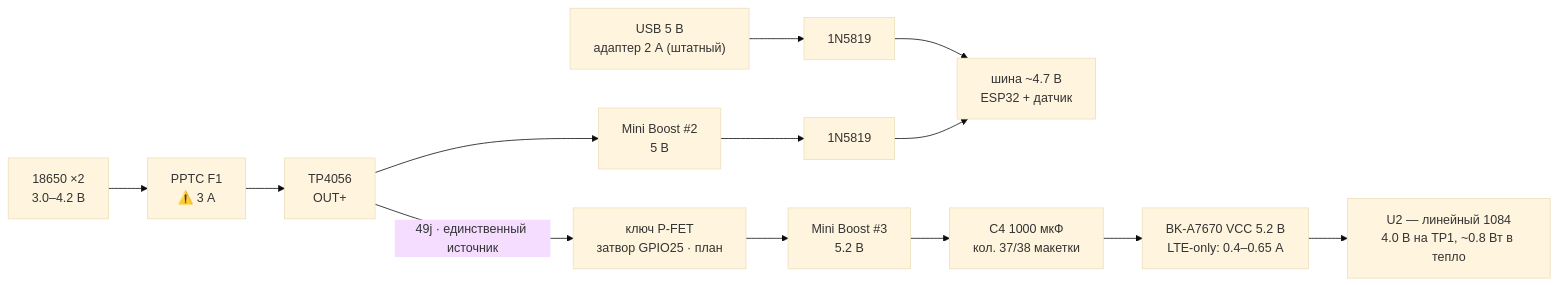
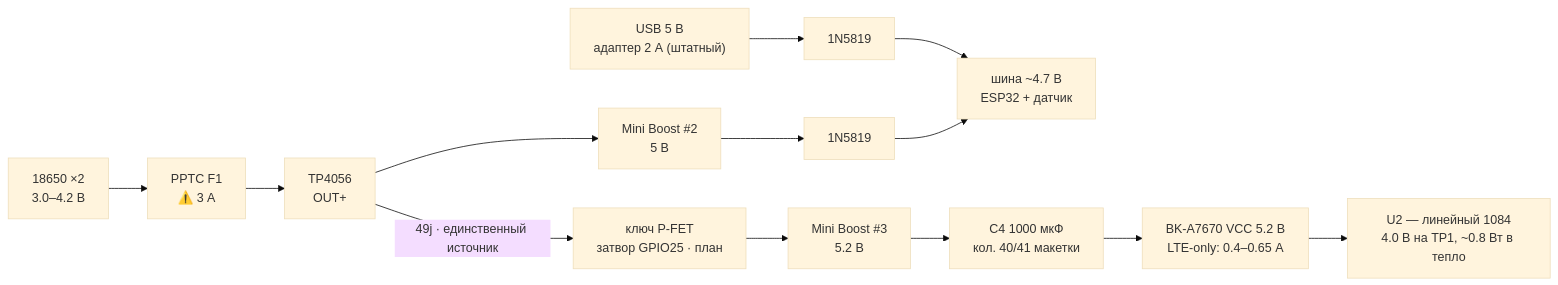
Before and after one commit to temafey/ArduinoWindStation: the first of 2 diagrams in tasks/10-a7670e-4g-gps.md, drawn with Mermaid (base theme). The commit also changed other lines of this file and 8 other files, not shown here.

````diff
--- a/tasks/10-a7670e-4g-gps.md
+++ b/tasks/10-a7670e-4g-gps.md
@@ -545,11 +550,11 @@
 ```mermaid
 flowchart LR
   USB["USB 5 В<br/>адаптер 2 А (штатный)"] --> D1["1N5819"] --> RAIL["шина ~4.7 В<br/>ESP32 + датчик"]
   BAT["18650 ×2<br/>3.0–4.2 В"] --> F1["PPTC F1<br/>⚠️ 3 А"]
   F1 --> TP["TP4056<br/>OUT+"]
   TP --> B2["Mini Boost #2<br/>5 В"] --> D2["1N5819"] --> RAIL
   TP -->|"49j · единственный источник"| SW["ключ P-FET<br/>затвор GPIO25 · план"]
   SW --> B3["Mini Boost #3<br/>5.2 В"]
-  B3 --> CAP["C4 1000 мкФ<br/>кол. 37/38 макетки"] --> MODEM["BK-A7670 VCC 5.2 В<br/>LTE-only: 0.4–0.65 А"]
+  B3 --> CAP["C4 1000 мкФ<br/>кол. 40/41 макетки"] --> MODEM["BK-A7670 VCC 5.2 В<br/>LTE-only: 0.4–0.65 А"]
   MODEM --> U2["U2 — линейный 1084<br/>4.0 В на TP1, ~0.8 Вт в тепло"]
 ```
````
